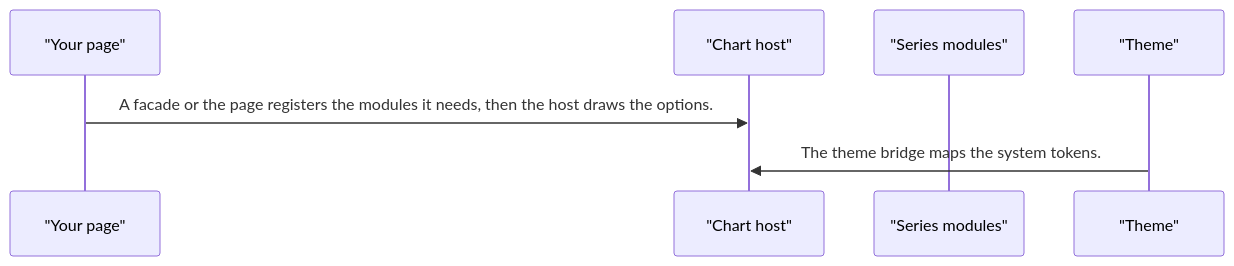
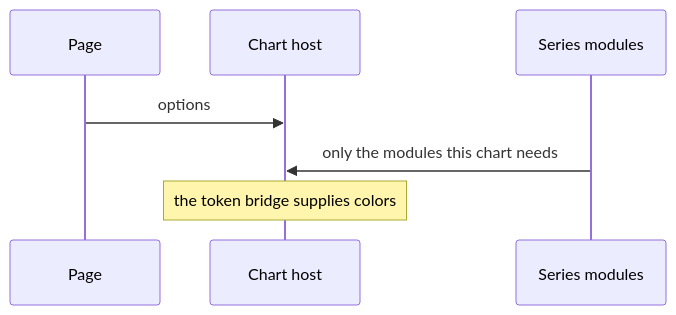
Before and after one commit to RajshekharBorate/pixel-ui: the second of 4 diagrams in projects/pixel-ui/src/lib/pixel-chart/DESIGN.md, drawn with Mermaid. The commit also changed other lines of this file and 73 other files, not shown here.

Commit message:
Explain who owns each value and what each flow does in every component and service design.

````diff
--- a/projects/pixel-ui/src/lib/pixel-chart/DESIGN.md
+++ b/projects/pixel-ui/src/lib/pixel-chart/DESIGN.md
@@ -50,9 +66,9 @@
 ```mermaid
 sequenceDiagram
-  participant page as "Your page"
-  participant host as "Chart host"
-  participant mod as "Series modules"
-  participant theme as "Theme"
-  page->>host: A facade or the page registers the modules it needs, then the host draws the options.
-  theme->>host: The theme bridge maps the system tokens.
+  participant Page
+  participant Host as Chart host
+  participant Modules as Series modules
+  Page->>Host: options
+  Modules->>Host: only the modules this chart needs
+  Note over Host: the token bridge supplies colors
 ```
````
